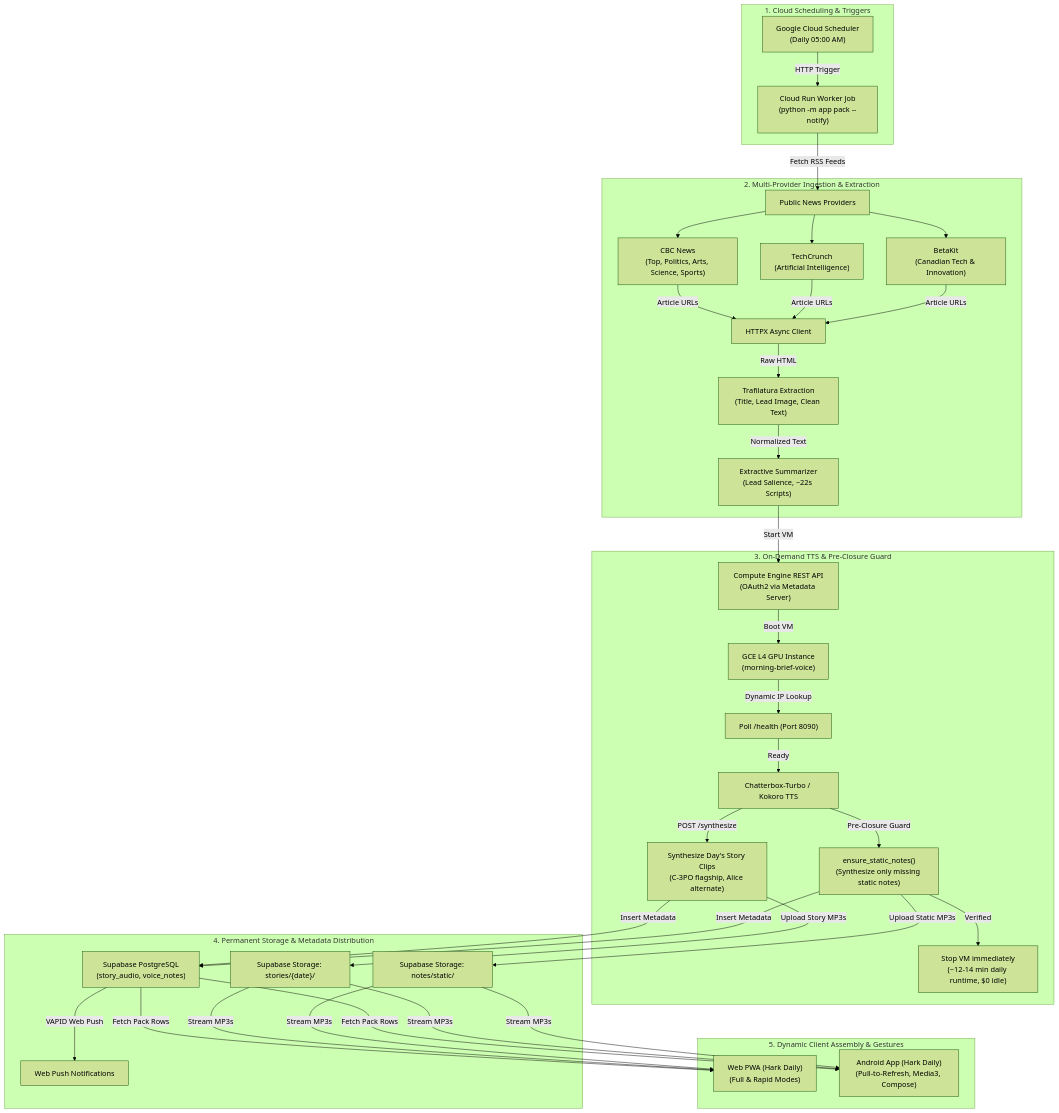
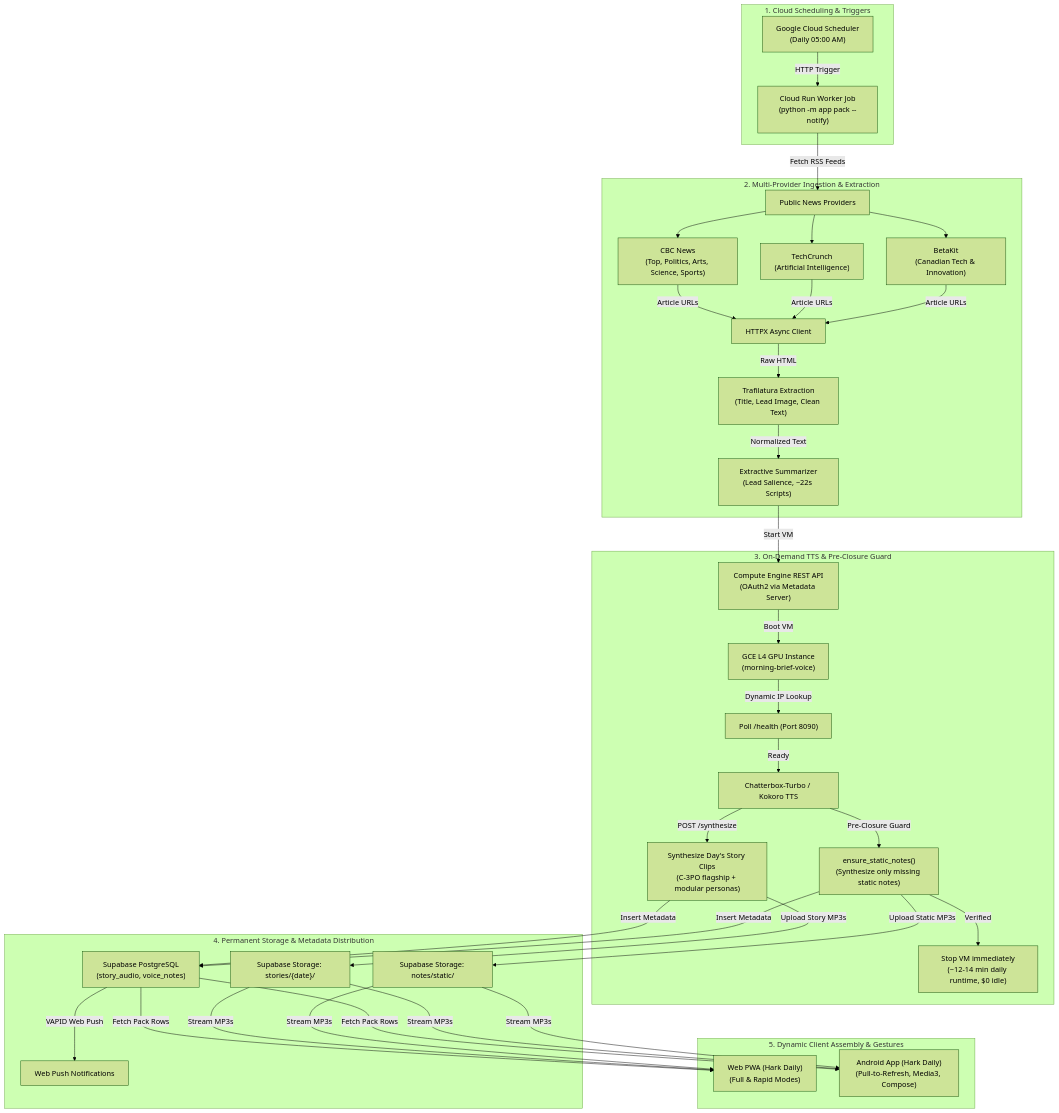
The diagram in docs/TECHNICAL.md (vattitude-me/Hark-Daily), drawn with Mermaid (forest theme) before and after one commit. The commit also changed other lines of this file and 1 other file, not shown here.

````diff
--- a/docs/TECHNICAL.md
+++ b/docs/TECHNICAL.md
@@ -11,40 +11,40 @@
 ```mermaid
 flowchart TD
     subgraph Scheduler["1. Cloud Scheduling & Triggers"]
         GCS["Google Cloud Scheduler<br/>(Daily 05:00 AM)"] -->|HTTP Trigger| CRJ["Cloud Run Worker Job<br/>(python -m app pack --notify)"]
     end
 
     subgraph Extraction["2. Multi-Provider Ingestion & Extraction"]
         CRJ -->|Fetch RSS Feeds| FEEDS["Public News Providers"]
         FEEDS --> CBC["CBC News<br/>(Top, Politics, Arts, Science, Sports)"]
         FEEDS --> TC["TechCrunch<br/>(Artificial Intelligence)"]
         FEEDS --> BK["BetaKit<br/>(Canadian Tech & Innovation)"]
         CBC & TC & BK -->|Article URLs| HTTPX["HTTPX Async Client"]
         HTTPX -->|Raw HTML| TRAF["Trafilatura Extraction<br/>(Title, Lead Image, Clean Text)"]
         TRAF -->|Normalized Text| SUM["Extractive Summarizer<br/>(Lead Salience, ~22s Scripts)"]
     end
 
     subgraph GPU["3. On-Demand TTS & Pre-Closure Guard"]
         SUM -->|Start VM| GCE_API["Compute Engine REST API<br/>(OAuth2 via Metadata Server)"]
         GCE_API -->|Boot VM| VM["GCE L4 GPU Instance<br/>(morning-brief-voice)"]
         VM -->|Dynamic IP Lookup| HEALTH["Poll /health (Port 8090)"]
         HEALTH -->|Ready| TTS["Chatterbox-Turbo / Kokoro TTS"]
-        TTS -->|POST /synthesize| AUDIO["Synthesize Day's Story Clips<br/>(C-3PO flagship, Alice alternate)"]
+        TTS -->|POST /synthesize| AUDIO["Synthesize Day's Story Clips<br/>(C-3PO flagship + modular personas)"]
         TTS -->|Pre-Closure Guard| NOTES["ensure_static_notes()<br/>(Synthesize only missing static notes)"]
         NOTES -->|Verified| STOP["Stop VM immediately<br/>(~12-14 min daily runtime, $0 idle)"]
     end
 
     subgraph Storage["4. Permanent Storage & Metadata Distribution"]
         AUDIO -->|Upload Story MP3s| SB_STOR_DAILY["Supabase Storage: stories/{date}/"]
         NOTES -->|Upload Static MP3s| SB_STOR_STATIC["Supabase Storage: notes/static/"]
         AUDIO & NOTES -->|Insert Metadata| SB_DB["Supabase PostgreSQL<br/>(story_audio, voice_notes)"]
         SB_DB -->|VAPID Web Push| PUSH["Web Push Notifications"]
     end
 
     subgraph Clients["5. Dynamic Client Assembly & Gestures"]
         SB_DB -->|Fetch Pack Rows| PWA["Web PWA (Hark Daily)<br/>(Full & Rapid Modes)"]
         SB_DB -->|Fetch Pack Rows| ANDROID["Android App (Hark Daily)<br/>(Pull-to-Refresh, Media3, Compose)"]
         SB_STOR_DAILY & SB_STOR_STATIC -->|Stream MP3s| PWA
         SB_STOR_DAILY & SB_STOR_STATIC -->|Stream MP3s| ANDROID
     end
 ```
````
